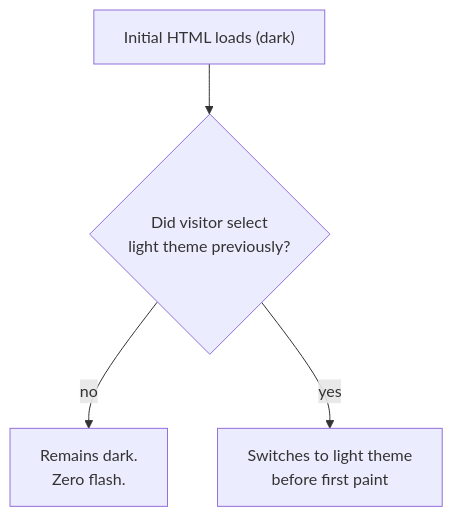
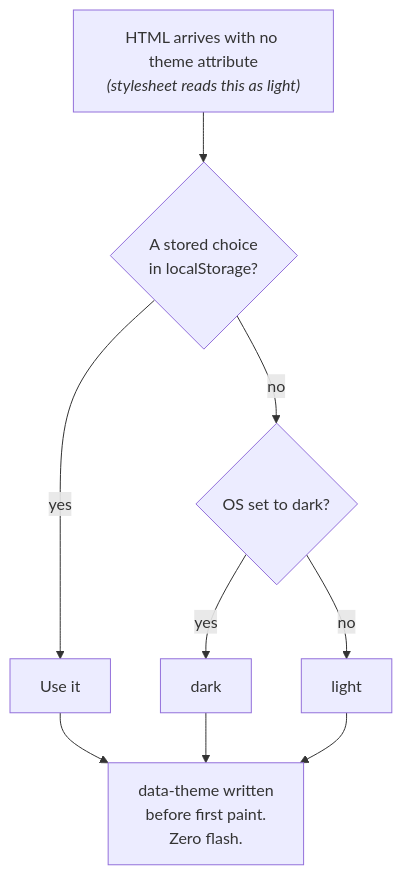
One commit to Srinivasan-78/srinivasan-78.github.io changed the eighth of 11 diagrams in README.md. Above: the diagram before and after it, drawn with Mermaid. The commit also changed other lines of this file and 9 other files, not shown here.

````diff
--- a/README.md
+++ b/README.md
@@ -262,6 +289,11 @@
 ```mermaid
 flowchart TD
-    A["Initial HTML loads (dark)"] --> B{"Did visitor select<br/>light theme previously?"}
-    B -- "no" --> C["Remains dark.<br/>Zero flash."]
-    B -- "yes" --> D["Switches to light theme<br/>before first paint"]
+    A["HTML arrives with no theme attribute<br/><i>(stylesheet reads this as light)</i>"] --> B{"A stored choice<br/>in localStorage?"}
+    B -- "yes" --> C["Use it"]
+    B -- "no" --> D{"OS set to dark?"}
+    D -- "yes" --> E["dark"]
+    D -- "no" --> F["light"]
+    C --> G["data-theme written<br/>before first paint.<br/>Zero flash."]
+    E --> G
+    F --> G
 ```
````
